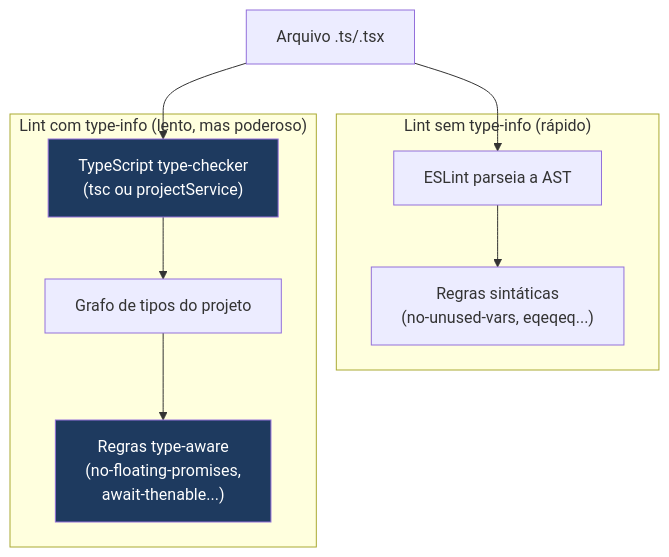
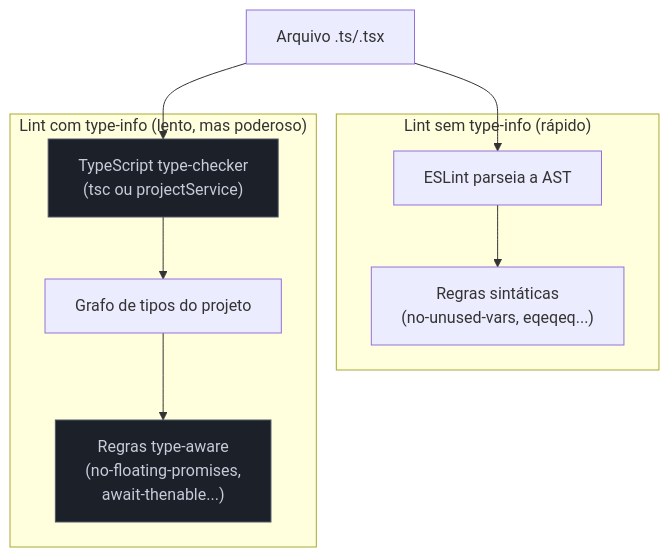
The third of 8 diagrams in 03-Dominios/Tecnologia/Tooling e Build/16 - Linting, formatting e git hooks.md (josenaldo/codex-technomanticus), drawn with Mermaid before and after one commit. The commit also changed other lines of this file and 1181 other files, not shown here.

First line of the commit message:
fix(diagramas): paleta do sistema no lugar de cor cravada no markdown

````diff
--- a/03-Dominios/Tecnologia/Tooling e Build/16 - Linting, formatting e git hooks.md
+++ b/03-Dominios/Tecnologia/Tooling e Build/16 - Linting, formatting e git hooks.md
@@ -220,21 +222,22 @@
 ```mermaid
 flowchart TD
+    classDef neutro fill:#1B2029,stroke:#4E5666,color:#C6CCD8
     SRC["Arquivo .ts/.tsx"]
 
     subgraph "Lint sem type-info (rápido)"
         PARSE["ESLint parseia a AST"]
         SYNRULE["Regras sintáticas\n(no-unused-vars, eqeqeq...)"]
     end
 
     subgraph "Lint com type-info (lento, mas poderoso)"
         TS["TypeScript type-checker\n(tsc ou projectService)"]
         TYPED["Grafo de tipos do projeto"]
         TYPERULE["Regras type-aware\n(no-floating-promises,\nawait-thenable...)"]
     end
 
     SRC --> PARSE --> SYNRULE
     SRC --> TS --> TYPED --> TYPERULE
 
-    style TYPERULE fill:#1e3a5f,color:#fff
-    style TS fill:#1e3a5f,color:#fff
+    class TYPERULE neutro
+    class TS neutro
 ```
````
